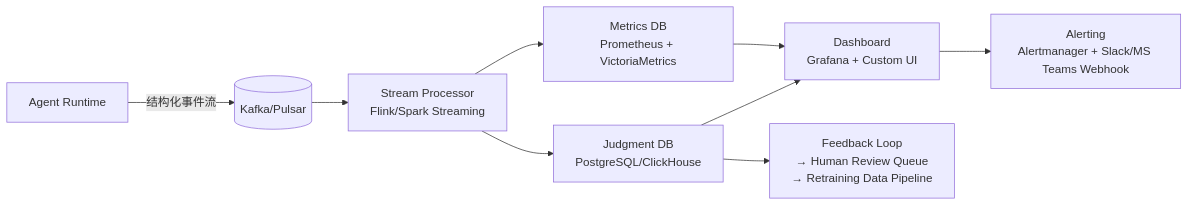
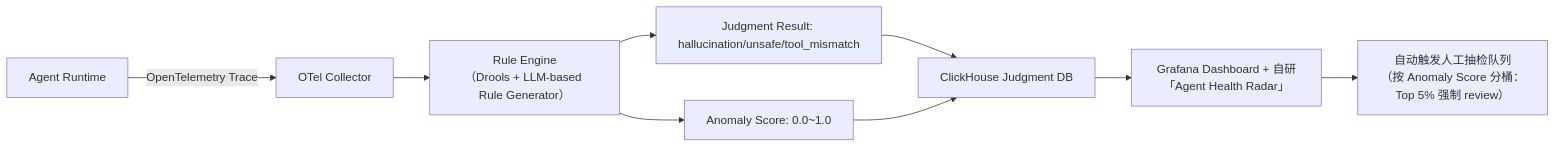
The diagram in 12-Agent评估与监控/线上监控方案.md (liuwei1993/ai-llm-agent-knowledge), drawn with Mermaid before and after one commit. The commit also changed other lines of this file and 1 other file, not shown here.

````diff
--- a/12-Agent评估与监控/线上监控方案.md
+++ b/12-Agent评估与监控/线上监控方案.md
@@ -38,10 +49,10 @@
-```mermaid
-graph LR
-A[Agent Runtime] -->|结构化事件流| B[(Kafka/Pulsar)]
-B --> C[Stream Processor<br>Flink/Spark Streaming]
-C --> D[Metrics DB<br>Prometheus + VictoriaMetrics]
-C --> E[Judgment DB<br>PostgreSQL/ClickHouse]
-D & E --> F[Dashboard<br>Grafana + Custom UI]
-F --> G[Alerting<br>Alertmanager + Slack/MS Teams Webhook]
-E --> H[Feedback Loop<br>→ Human Review Queue<br>→ Retraining Data Pipeline]
-```
+  ```mermaid
+  graph LR
+  A[Agent Runtime] -->|OpenTelemetry Trace| B[OTel Collector]
+  B --> C[Rule Engine<br>（Drools + LLM-based Rule Generator）]
+  C --> D[Judgment Result: hallucination/unsafe/tool_mismatch]
+  C --> E[Anomaly Score: 0.0~1.0]
+  D & E --> F[ClickHouse Judgment DB]
+  F --> G[Grafana Dashboard + 自研「Agent Health Radar」]
+  G --> H[自动触发人工抽检队列<br>（按 Anomaly Score 分桶：Top 5% 强制 review）]
+  ```
````
